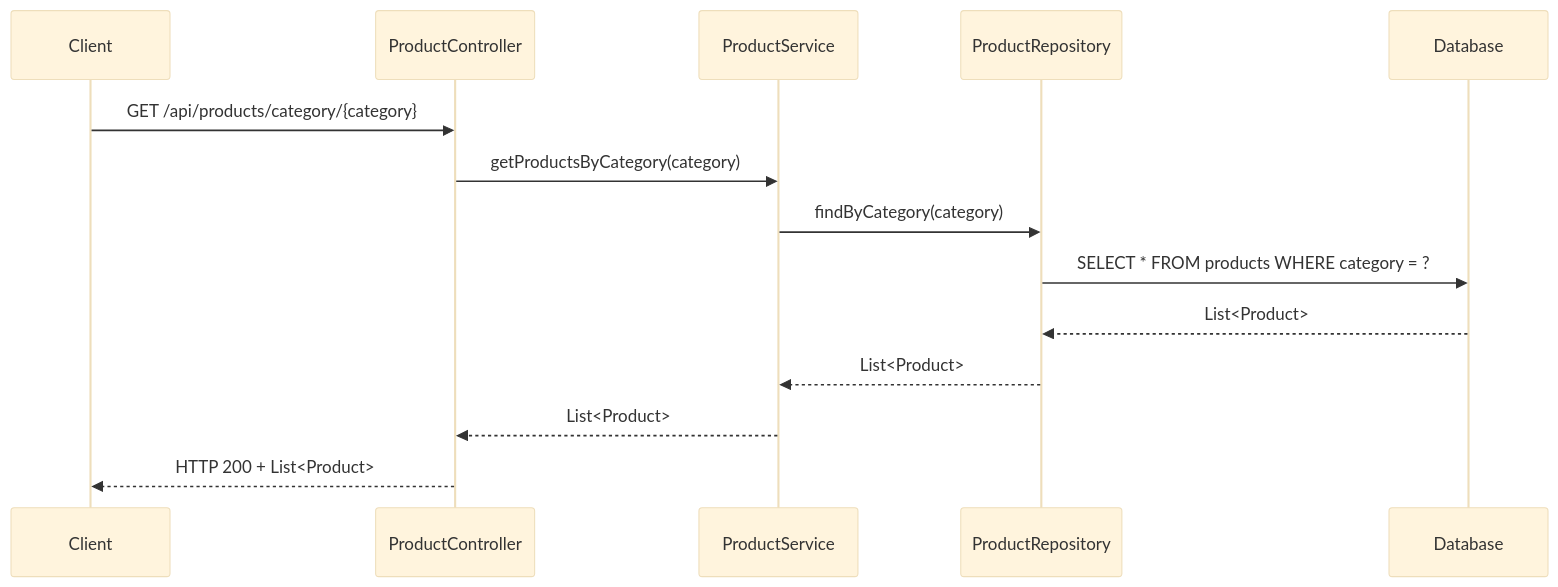
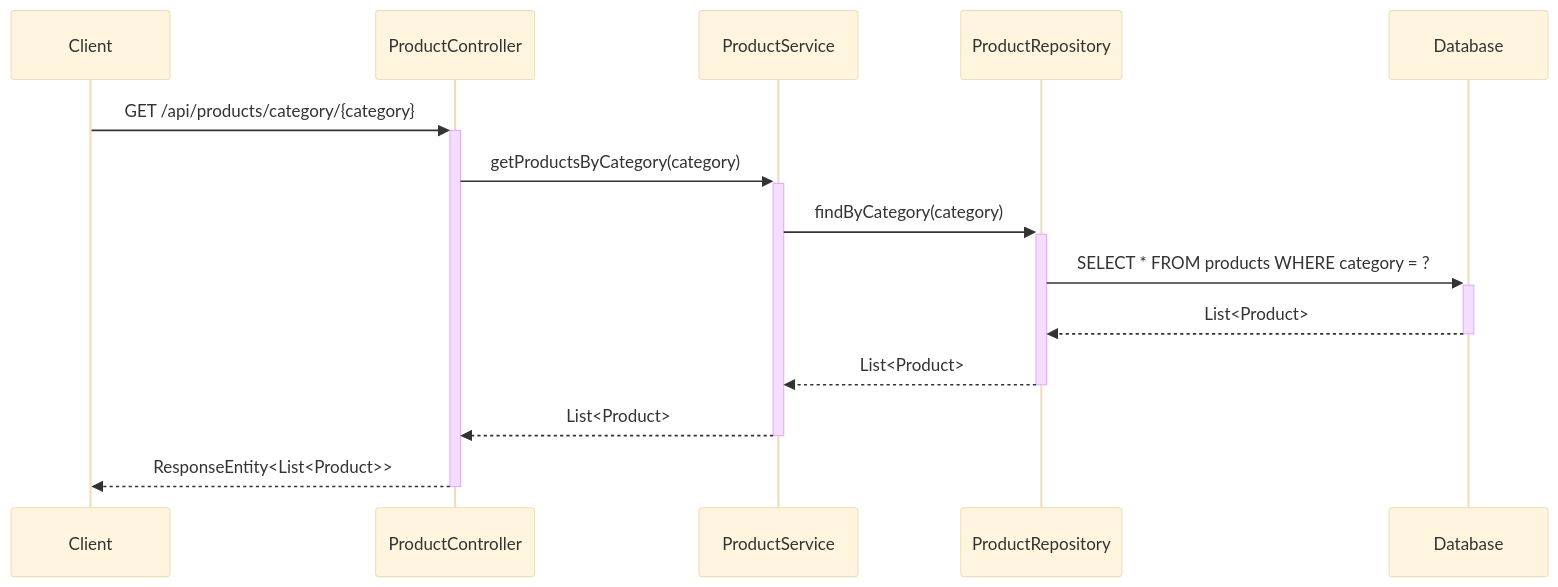
The eighth of 9 diagrams in docs/LLD/lld.md (NavneetBN47/aava-ecom-demo), drawn with Mermaid (base theme) before and after one commit. The commit also changed other lines of this file, not shown here.

````diff
--- a/docs/LLD/lld.md
+++ b/docs/LLD/lld.md
@@ -263,17 +234,17 @@
 ```mermaid
 sequenceDiagram
     participant Client
     participant ProductController
     participant ProductService
     participant ProductRepository
     participant Database
     
-    Client->>ProductController: GET /api/products/category/{category}
-    ProductController->>ProductService: getProductsByCategory(category)
-    ProductService->>ProductRepository: findByCategory(category)
-    ProductRepository->>Database: SELECT * FROM products WHERE category = ?
-    Database-->>ProductRepository: List<Product>
-    ProductRepository-->>ProductService: List<Product>
-    ProductService-->>ProductController: List<Product>
-    ProductController-->>Client: HTTP 200 + List<Product>
+    Client->>+ProductController: GET /api/products/category/{category}
+    ProductController->>+ProductService: getProductsByCategory(category)
+    ProductService->>+ProductRepository: findByCategory(category)
+    ProductRepository->>+Database: SELECT * FROM products WHERE category = ?
+    Database-->>-ProductRepository: List<Product>
+    ProductRepository-->>-ProductService: List<Product>
+    ProductService-->>-ProductController: List<Product>
+    ProductController-->>-Client: ResponseEntity<List<Product>>
 ```
````
